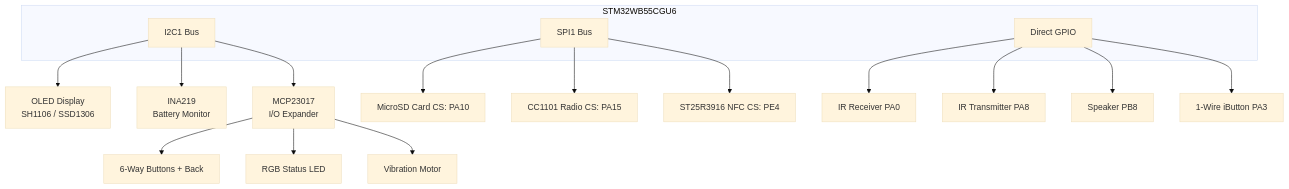
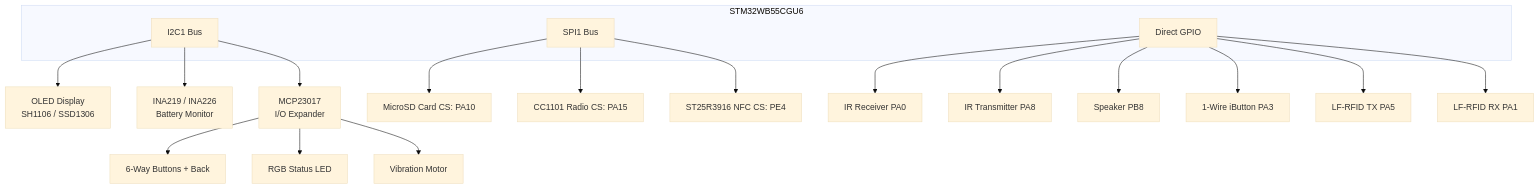
One commit to AJ60/Flipper_OLED_PCF8574_PN532 changed the diagram in ReadMe.md. Above: the diagram before and after it, drawn with Mermaid (base theme). The commit also changed other lines of this file, not shown here.

Commit message:
docs: Update ReadMe.md with LF-RFID 125kHz hardware, INA219/INA226 details and schematic notes

````diff
--- a/ReadMe.md
+++ b/ReadMe.md
@@ -58,29 +59,31 @@
 ```mermaid
 graph TD
     subgraph MCU [STM32WB55CGU6]
         I2C1[I2C1 Bus]
         SPI1[SPI1 Bus]
         GPIO[Direct GPIO]
     end
 
     %% I2C Bus Devices
     I2C1 --> OLED[OLED Display <br> SH1106 / SSD1306]
-    I2C1 --> INA[INA219 <br> Battery Monitor]
+    I2C1 --> INA[INA219 / INA226 <br> Battery Monitor]
     I2C1 --> MCP[MCP23017 <br> I/O Expander]
 
     %% MCP23017 Expanders
     MCP --> Buttons[6-Way Buttons + Back]
     MCP --> RGB[RGB Status LED]
     MCP --> Vibro[Vibration Motor]
 
     %% SPI Bus Devices
     SPI1 --> SD[MicroSD Card CS: PA10]
     SPI1 --> CC1101[CC1101 Radio CS: PA15]
     SPI1 --> NFC[ST25R3916 NFC CS: PE4]
 
     %% GPIO
     GPIO --> IR_RX[IR Receiver PA0]
     GPIO --> IR_TX[IR Transmitter PA8]
     GPIO --> Speaker[Speaker PB8]
     GPIO --> OneWire[1-Wire iButton PA3]
+    GPIO --> RFID_TX[LF-RFID TX PA5]
+    GPIO --> RFID_RX[LF-RFID RX PA1]
 ```
````
